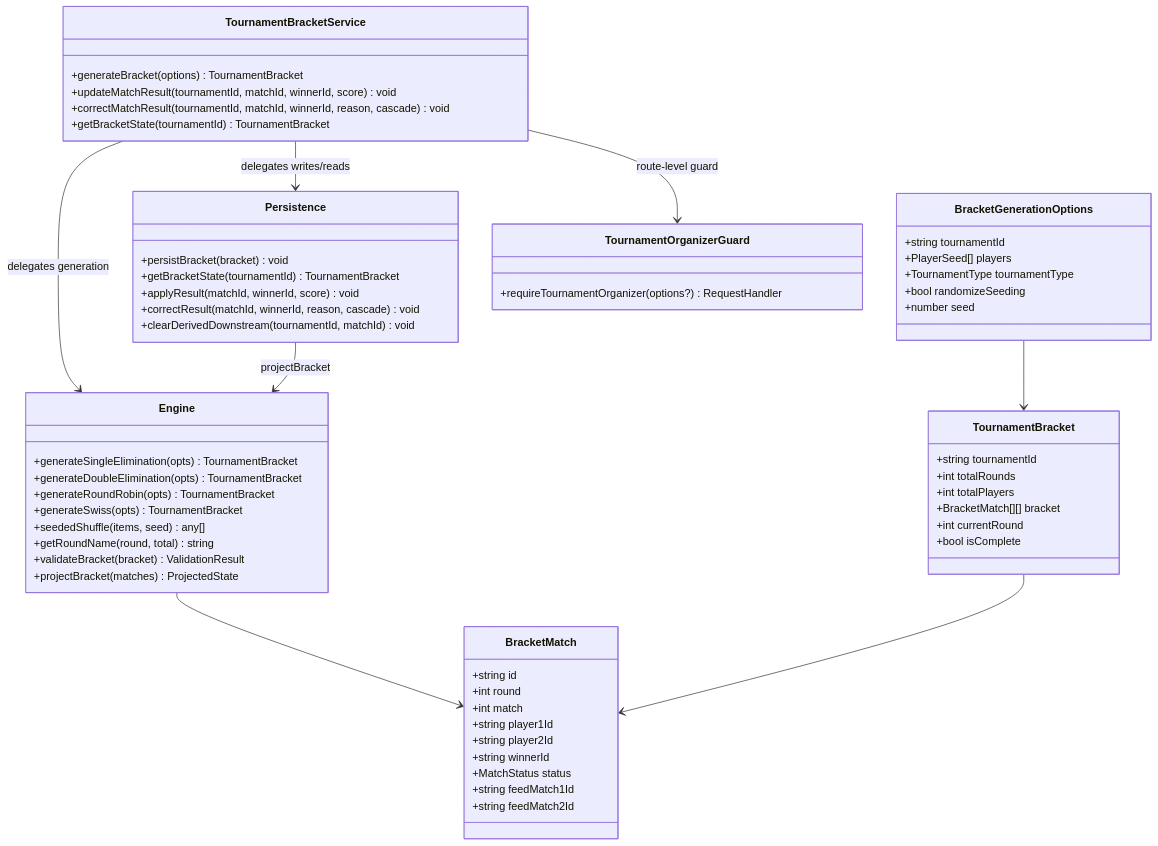
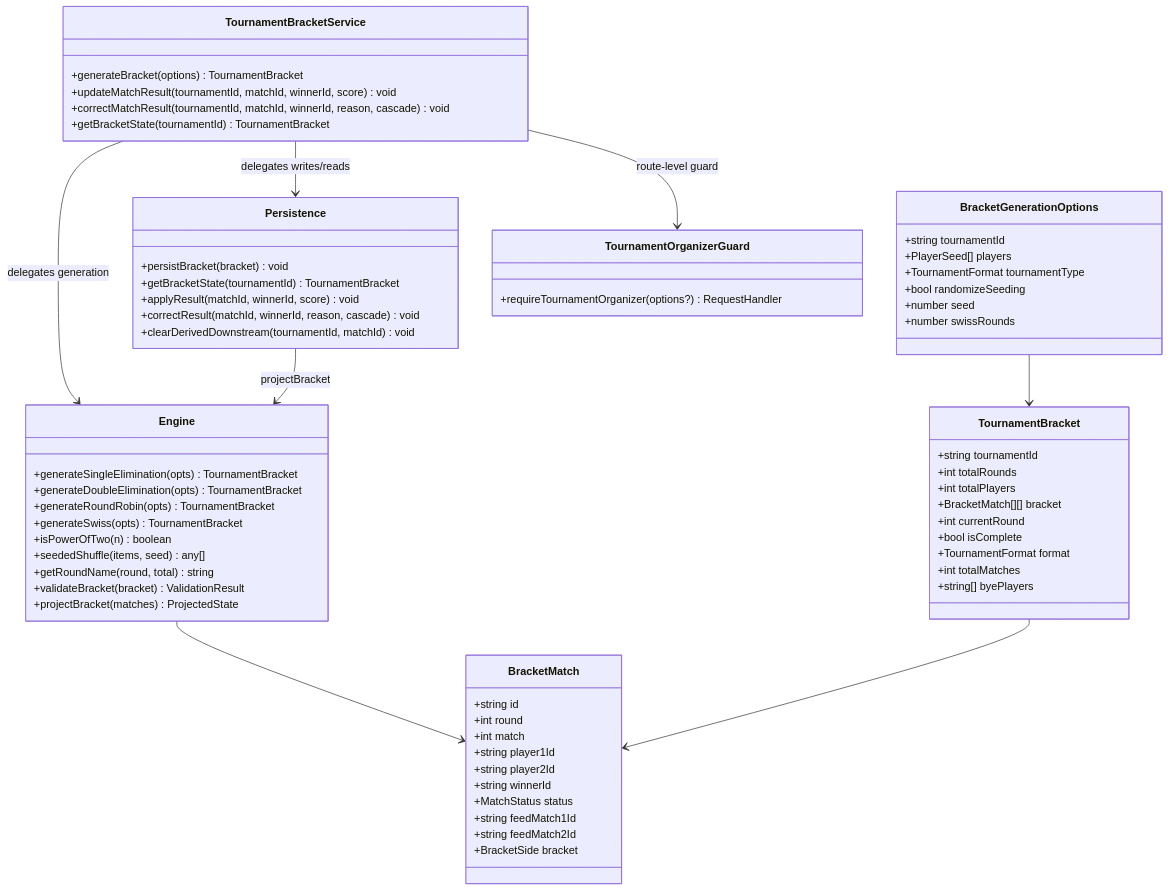
The diagram in docs/stories/6.7.class-diagram.mermaid (bujinwang/Rally), drawn with Mermaid before and after one commit. The commit also changed 1 other file, not shown here.

Commit message:
docs(6.7): sync design with T02 landed bracket shape (674a58e)
- TournamentBracket: record three additive fields — format: TournamentFormat,
  totalMatches (incl. bye nodes), byePlayers — with the rationale that a 2-player
  round robin and a 2-player single elim are structurally identical, so
  validateBracket needs format to distinguish their invariants.
- BracketMatch: record nullable slots + bracket?: BracketSide; BracketGenerationOptions
  uses TournamentFormat and adds swissRounds.
- D3: record that generateDoubleElimination throws on a non-power-of-two field
  (6-player double elim unsupported → 400), why padding would break the 2n-2 count,
  and that losers-bracket progression is deferred. Flagged as a product scope limit.
- D5: state the projection slot rule explicitly — per-slot, re-derive only when a
  feeder is declared; un-fed slots (round 1, RR/Swiss, LB loser-fed) stay as stored;
  a partially-fed later round is not a bye. Warns against the per-round misreading.
- Sync both class diagrams (design + standalone) and the key-signatures block.

```diff
--- a/docs/stories/6.7.class-diagram.mermaid
+++ b/docs/stories/6.7.class-diagram.mermaid
@@ -1,61 +1,67 @@
 classDiagram
     class BracketMatch {
       +string id
       +int round
       +int match
       +string player1Id
       +string player2Id
       +string winnerId
       +MatchStatus status
       +string feedMatch1Id
       +string feedMatch2Id
+      +BracketSide bracket
     }
     class TournamentBracket {
       +string tournamentId
       +int totalRounds
       +int totalPlayers
       +BracketMatch[][] bracket
       +int currentRound
       +bool isComplete
+      +TournamentFormat format
+      +int totalMatches
+      +string[] byePlayers
     }
     class BracketGenerationOptions {
       +string tournamentId
       +PlayerSeed[] players
-      +TournamentType tournamentType
+      +TournamentFormat tournamentType
       +bool randomizeSeeding
       +number seed
+      +number swissRounds
     }
     class Engine {
       +generateSingleElimination(opts) TournamentBracket
       +generateDoubleElimination(opts) TournamentBracket
       +generateRoundRobin(opts) TournamentBracket
       +generateSwiss(opts) TournamentBracket
+      +isPowerOfTwo(n) boolean
       +seededShuffle(items, seed) any[]
       +getRoundName(round, total) string
       +validateBracket(bracket) ValidationResult
       +projectBracket(matches) ProjectedState
     }
     class Persistence {
       +persistBracket(bracket) void
       +getBracketState(tournamentId) TournamentBracket
       +applyResult(matchId, winnerId, score) void
       +correctResult(matchId, winnerId, reason, cascade) void
       +clearDerivedDownstream(tournamentId, matchId) void
     }
     class TournamentBracketService {
       +generateBracket(options) TournamentBracket
       +updateMatchResult(tournamentId, matchId, winnerId, score) void
       +correctMatchResult(tournamentId, matchId, winnerId, reason, cascade) void
       +getBracketState(tournamentId) TournamentBracket
     }
     class TournamentOrganizerGuard {
       +requireTournamentOrganizer(options?) RequestHandler
     }
 
     TournamentBracketService --> Engine : delegates generation
     TournamentBracketService --> Persistence : delegates writes/reads
     Persistence --> Engine : projectBracket
     TournamentBracketService --> TournamentOrganizerGuard : route-level guard
     BracketGenerationOptions --> TournamentBracket
     Engine --> BracketMatch
     TournamentBracket --> BracketMatch
```
